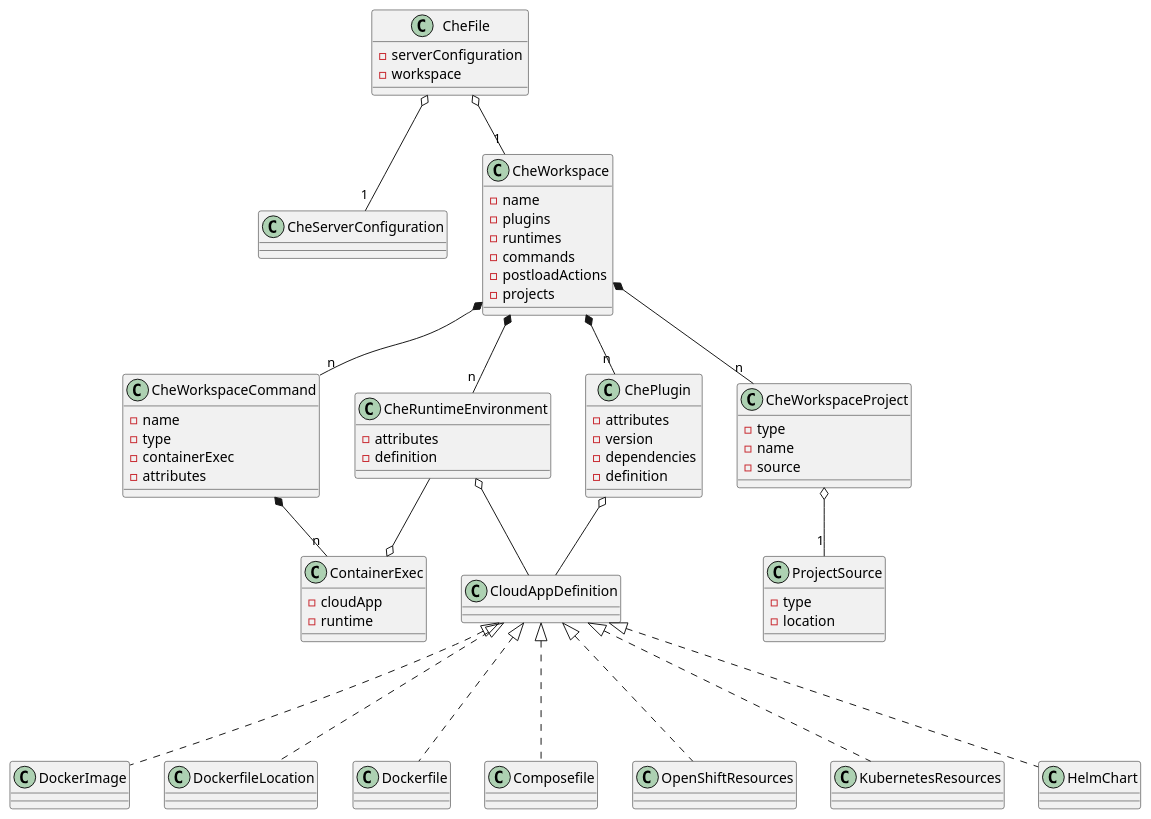
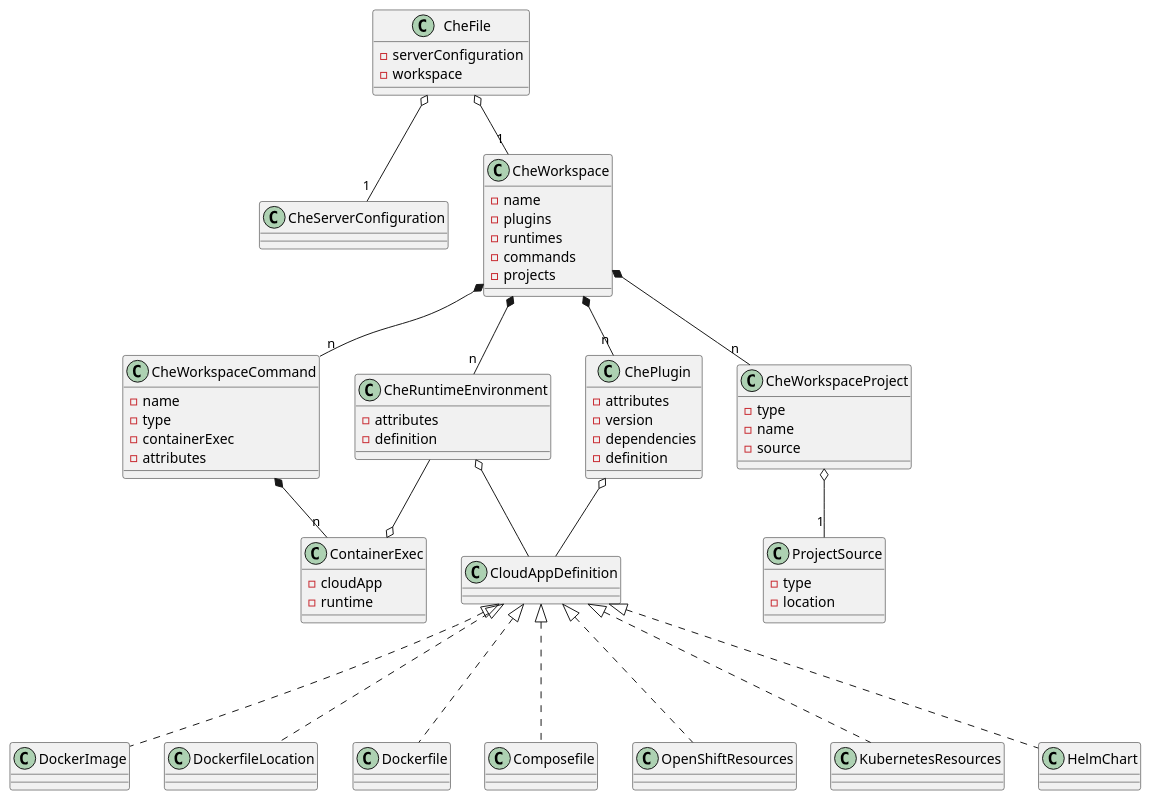
One commit to redhat-developer/devfile changed the diagram in chefile.next.plantuml. Above: the diagram before and after it, drawn with PlantUML. The commit also changed 3 other files, not shown here.

```diff
--- a/chefile.next.plantuml
+++ b/chefile.next.plantuml
@@ -1,89 +1,88 @@
 @startuml
 
 class CheFile {
   - serverConfiguration
   - workspace
 }
 
 CheFile o-- "1" CheServerConfiguration
 CheFile o-- "1" CheWorkspace
 
 class CheWorkspace {
   - name
   - plugins
   - runtimes
   - commands
-  - postloadActions
   - projects
 }
 
 together {
   class ChePlugin
   class CheRuntimeEnvironment
   class CheWorkspaceCommand
   class CheWorkspaceProject
 }
 
 together {
   class ContainerExec
   class CloudAppDefinition
 }
 
 CheWorkspace *-- "n" ChePlugin
 CheWorkspace *-- "n" CheRuntimeEnvironment
 CheWorkspace *-- "n" CheWorkspaceCommand
 CheWorkspace *-- "n" CheWorkspaceProject
 
 class ChePlugin {
     - attributes
     - version
     - dependencies
     - definition
 }
 
 class CheRuntimeEnvironment {
     - attributes
     - definition
 }
 
 
 CheRuntimeEnvironment o-- CloudAppDefinition
 ChePlugin o-- CloudAppDefinition
 
 CloudAppDefinition <|-.. DockerImage
 CloudAppDefinition <|-.. DockerfileLocation
 CloudAppDefinition <|-.. Dockerfile
 CloudAppDefinition <|-.. Composefile
 CloudAppDefinition <|-.. OpenShiftResources
 CloudAppDefinition <|-.. KubernetesResources
 CloudAppDefinition <|-.. HelmChart
 
 class CheWorkspaceCommand {
   - name
   - type
   - containerExec
   - attributes
 }
 
 CheWorkspaceCommand *-- "n" ContainerExec
 ContainerExec o-- CheRuntimeEnvironment
 
 class ContainerExec {
   - cloudApp
   - runtime
 }
 
 class CheWorkspaceProject {
   - type
   - name
   - source
 }
 
 CheWorkspaceProject o-- "1" ProjectSource
 
 class ProjectSource {
   - type
   - location
 }
 
 @enduml
```
